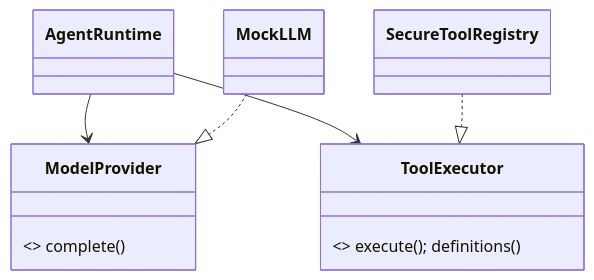
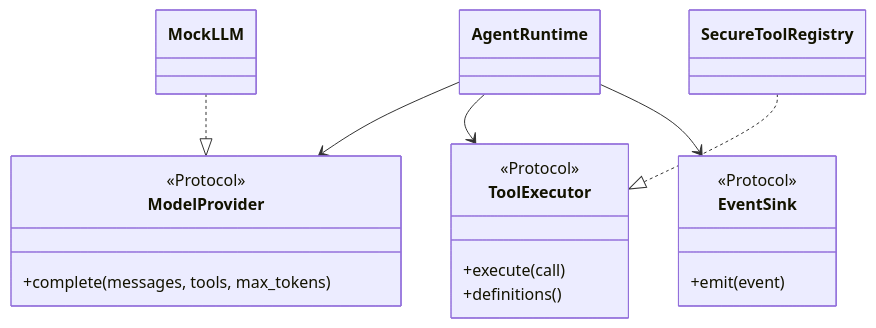
The first of 2 diagrams in docs/course/concepts/oop-protocols-dependency-injection.md (levalencia/archon), drawn with Mermaid before and after one commit. The commit also changed other lines of this file and 10 other files, not shown here.

````diff
--- a/docs/course/concepts/oop-protocols-dependency-injection.md
+++ b/docs/course/concepts/oop-protocols-dependency-injection.md
@@ -7,12 +25,21 @@
 ```mermaid
 classDiagram
   class AgentRuntime
-  class ModelProvider {<<Protocol>> complete()}
-  class ToolExecutor {<<Protocol>> execute(); definitions()}
+  class ModelProvider {<<Protocol>>
+    +complete(messages, tools, max_tokens)
+  }
+  class ToolExecutor {<<Protocol>>
+    +execute(call)
+    +definitions()
+  }
+  class EventSink {<<Protocol>>
+    +emit(event)
+  }
+  class SecureToolRegistry
   class MockLLM
-  class SecureToolRegistry
   AgentRuntime --> ModelProvider
   AgentRuntime --> ToolExecutor
+  AgentRuntime --> EventSink
+  SecureToolRegistry ..|> ToolExecutor
   MockLLM ..|> ModelProvider
-  SecureToolRegistry ..|> ToolExecutor
 ```
````
